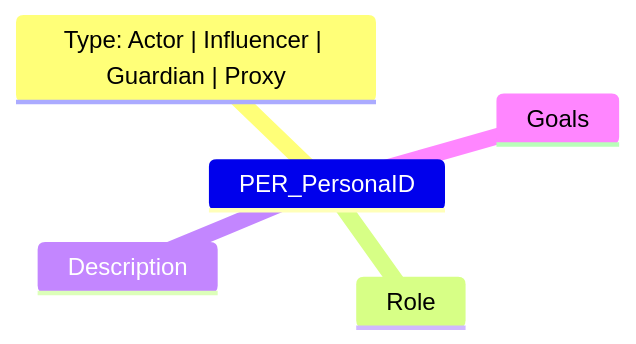
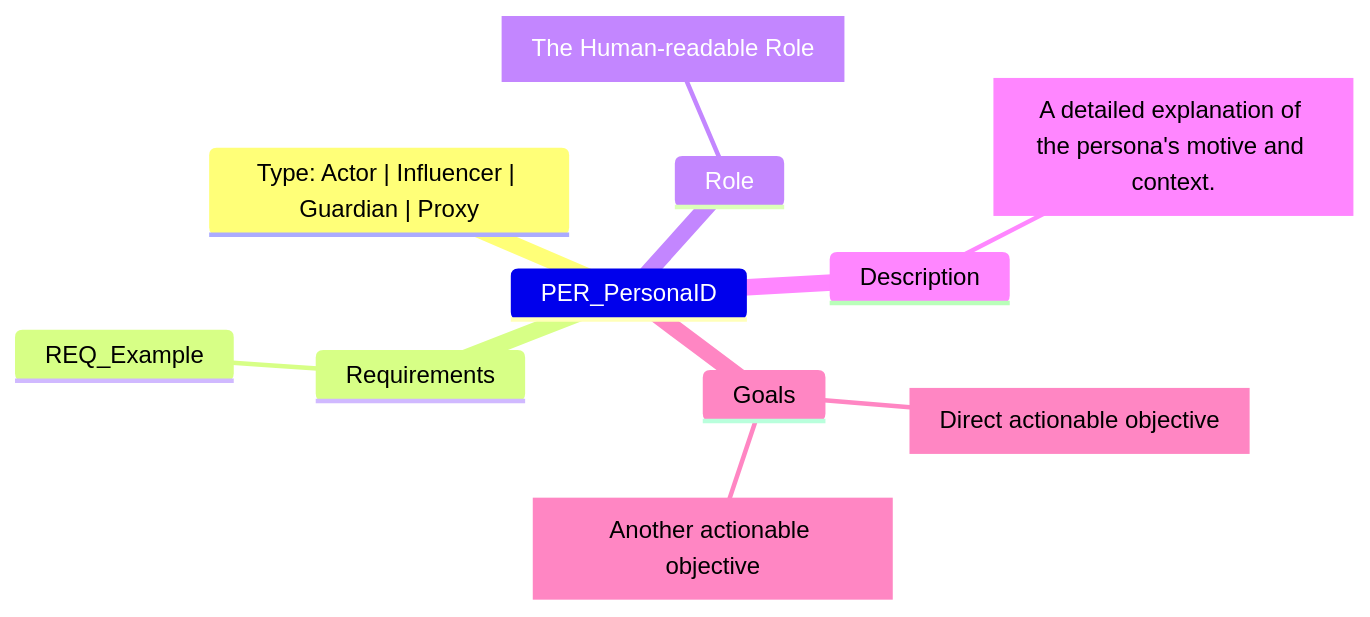
Before and after one commit to futurefoundai/foundryspec: the diagram in packages/core/templates/FOUNDRYSPEC_AGENT_GUIDE.md, drawn with Mermaid. The commit also changed other lines of this file and 13 other files, not shown here.

First line of the commit message:
feat(framework): codify persona semantic IDs and complete core requirements cleanup

````diff
--- a/packages/core/templates/FOUNDRYSPEC_AGENT_GUIDE.md
+++ b/packages/core/templates/FOUNDRYSPEC_AGENT_GUIDE.md
@@ -44,8 +44,14 @@
 ```mermaid
 mindmap
     PER_PersonaID
         Type: Actor | Influencer | Guardian | Proxy
+        Requirements
+            REQ_Example
         Role
+            ROLE["The Human-readable Role"]
         Description
+            DESCRIPTION["A detailed explanation of the persona's motive and context."]
         Goals
+            GOAL_1["Direct actionable objective"]
+            GOAL_2["Another actionable objective"]
 ```
````
